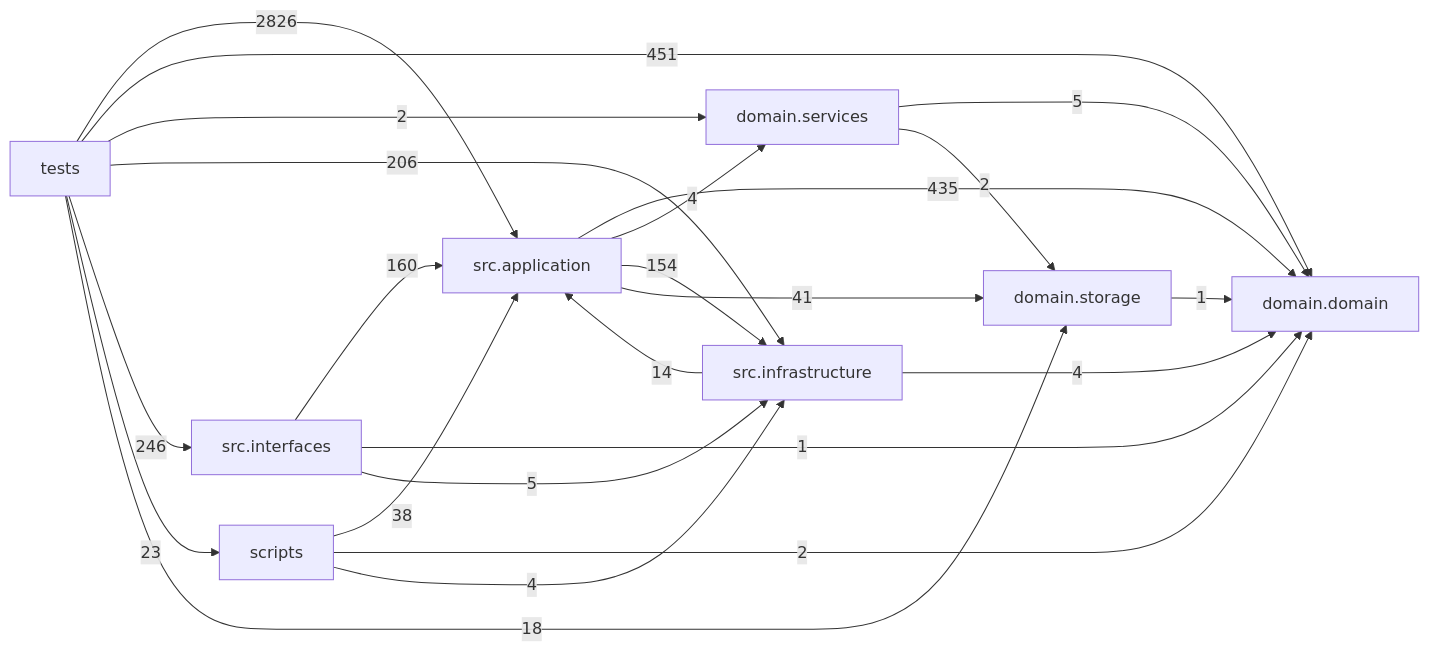
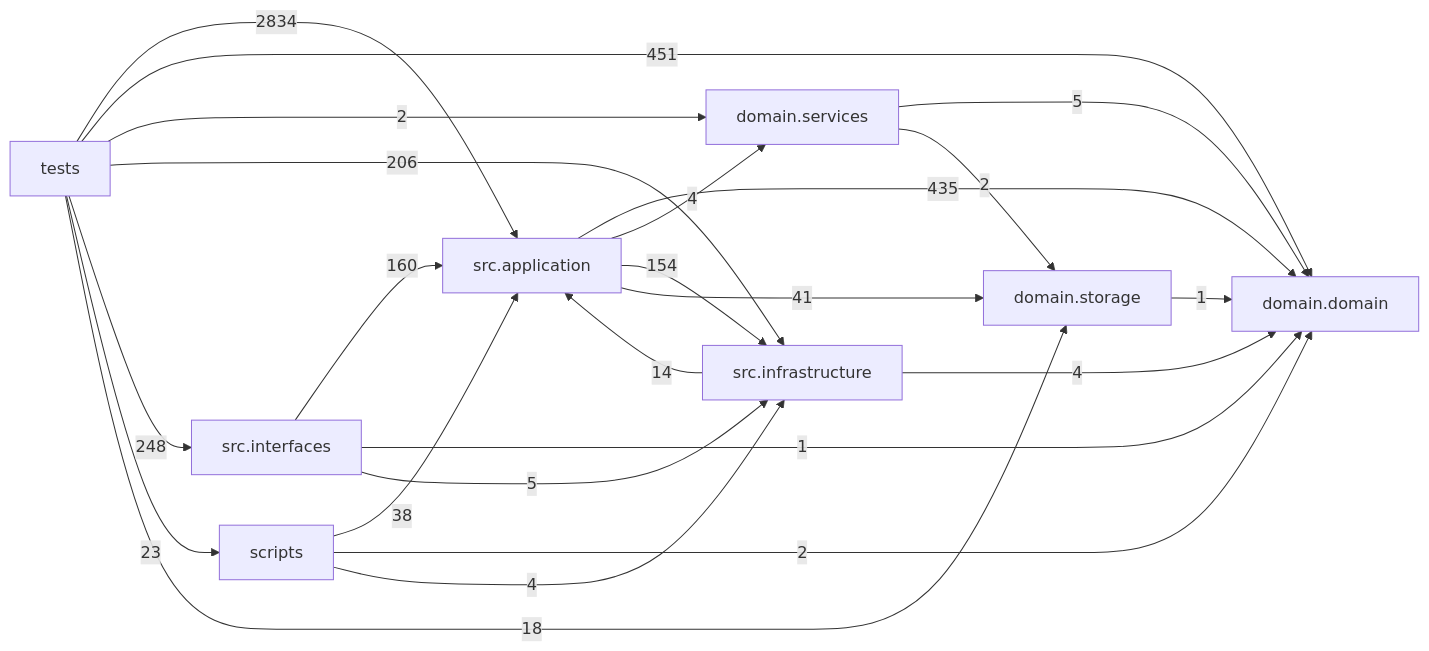
One commit to liuxie066/options-monitor changed the diagram in docs/DEPENDENCY_GRAPH.md. Above: the diagram before and after it, drawn with Mermaid. The commit also changed other lines of this file and 16 other files, not shown here.

````diff
--- a/docs/DEPENDENCY_GRAPH.md
+++ b/docs/DEPENDENCY_GRAPH.md
@@ -24,33 +24,33 @@
 ```mermaid
 flowchart LR
   tests["tests"]
   scripts["scripts"]
   interfaces["src.interfaces"]
   application["src.application"]
   infrastructure["src.infrastructure"]
   domain_services["domain.services"]
   domain["domain.domain"]
   storage["domain.storage"]
   application -->|435| domain
   application -->|4| domain_services
   application -->|154| infrastructure
   application -->|41| storage
   domain_services -->|5| domain
   domain_services -->|2| storage
   infrastructure -->|14| application
   infrastructure -->|4| domain
   interfaces -->|160| application
   interfaces -->|1| domain
   interfaces -->|5| infrastructure
   scripts -->|38| application
   scripts -->|2| domain
   scripts -->|4| infrastructure
   storage -->|1| domain
-  tests -->|2826| application
+  tests -->|2834| application
   tests -->|451| domain
   tests -->|2| domain_services
   tests -->|206| infrastructure
-  tests -->|246| interfaces
+  tests -->|248| interfaces
   tests -->|23| scripts
   tests -->|18| storage
 ```
````
